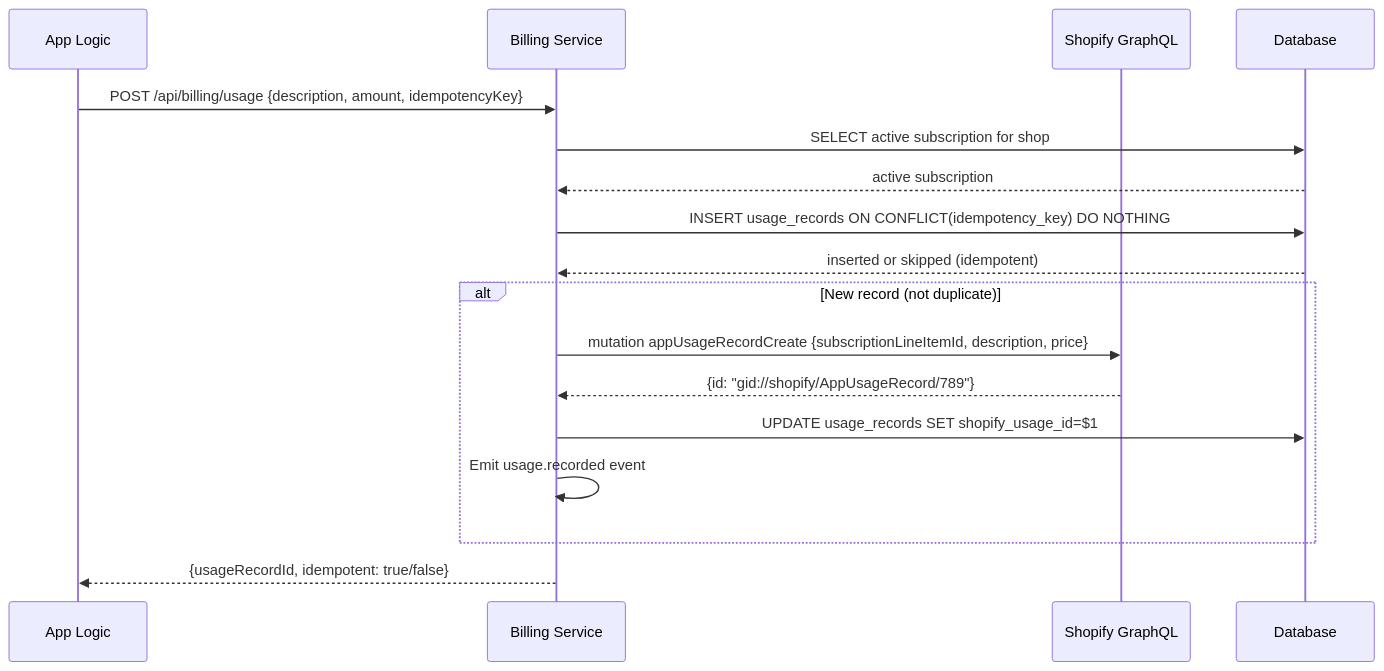
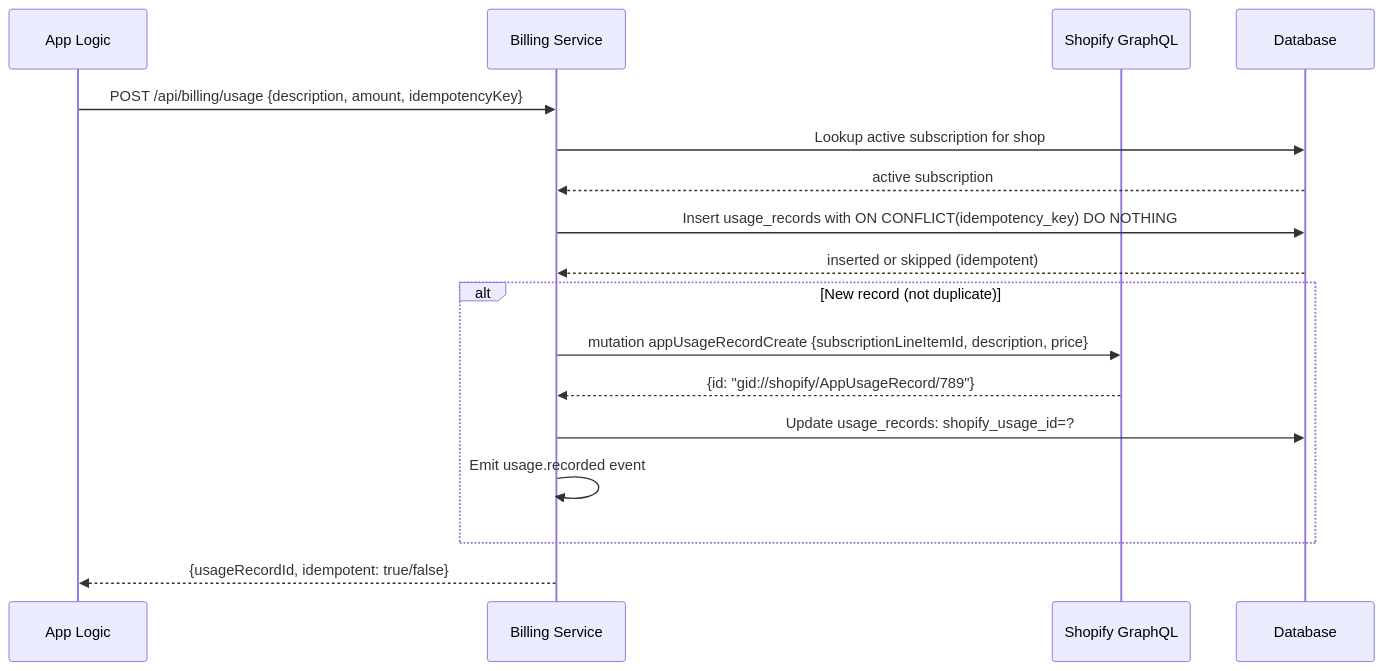
Before and after one commit to nguyenvanduocit/primitive-blocks-specs: the fifth of 7 diagrams in billing/shopify-charges/README.md, drawn with Mermaid. The commit also changed other lines of this file and 28 other files, not shown here.

````diff
--- a/billing/shopify-charges/README.md
+++ b/billing/shopify-charges/README.md
@@ -296,20 +334,20 @@
 ```mermaid
 sequenceDiagram
     participant App as App Logic
     participant A as Billing Service
     participant S as Shopify GraphQL
     participant DB as Database
 
     App->>A: POST /api/billing/usage {description, amount, idempotencyKey}
-    A->>DB: SELECT active subscription for shop
+    A->>DB: Lookup active subscription for shop
     DB-->>A: active subscription
-    A->>DB: INSERT usage_records ON CONFLICT(idempotency_key) DO NOTHING
+    A->>DB: Insert usage_records with ON CONFLICT(idempotency_key) DO NOTHING
     DB-->>A: inserted or skipped (idempotent)
     alt New record (not duplicate)
         A->>S: mutation appUsageRecordCreate {subscriptionLineItemId, description, price}
         S-->>A: {id: "gid://shopify/AppUsageRecord/789"}
-        A->>DB: UPDATE usage_records SET shopify_usage_id=$1
+        A->>DB: Update usage_records: shopify_usage_id=?
         A->>A: Emit usage.recorded event
     end
     A-->>App: {usageRecordId, idempotent: true/false}
 ```
````
